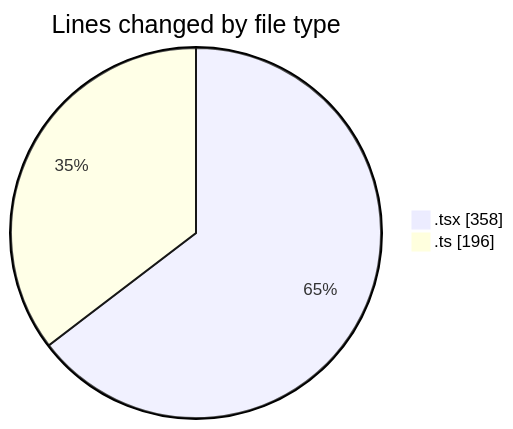
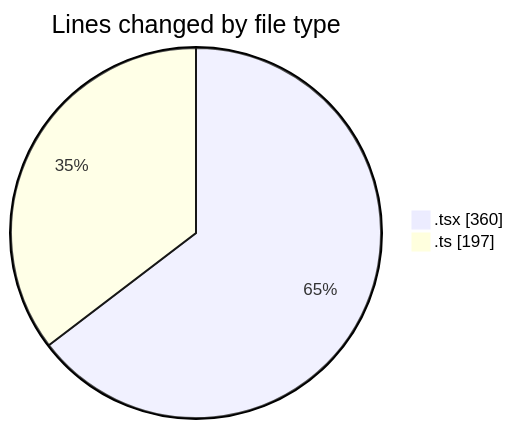
The first of 2 diagrams in 2025-02-19/mbc-web/README.md (robertbonfada/code-tracking), drawn with Mermaid before and after one commit. The commit also changed other lines of this file and 1 other file, not shown here.

````diff
--- a/2025-02-19/mbc-web/README.md
+++ b/2025-02-19/mbc-web/README.md
@@ -27,6 +29,6 @@
 ```mermaid
 pie showData
 title Lines changed by file type
-".tsx" : 358
-".ts" : 196
+".tsx" : 360
+".ts" : 197
 ```
````
